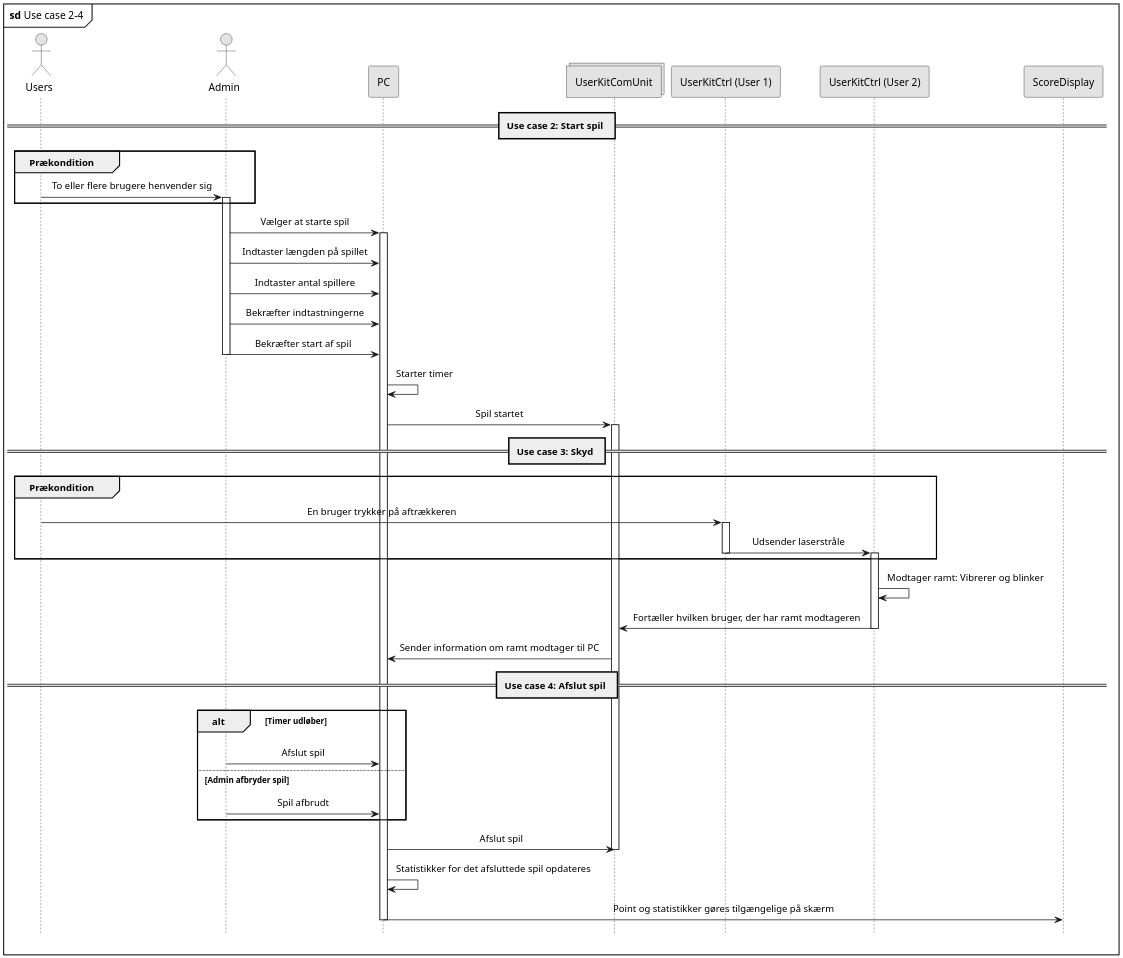
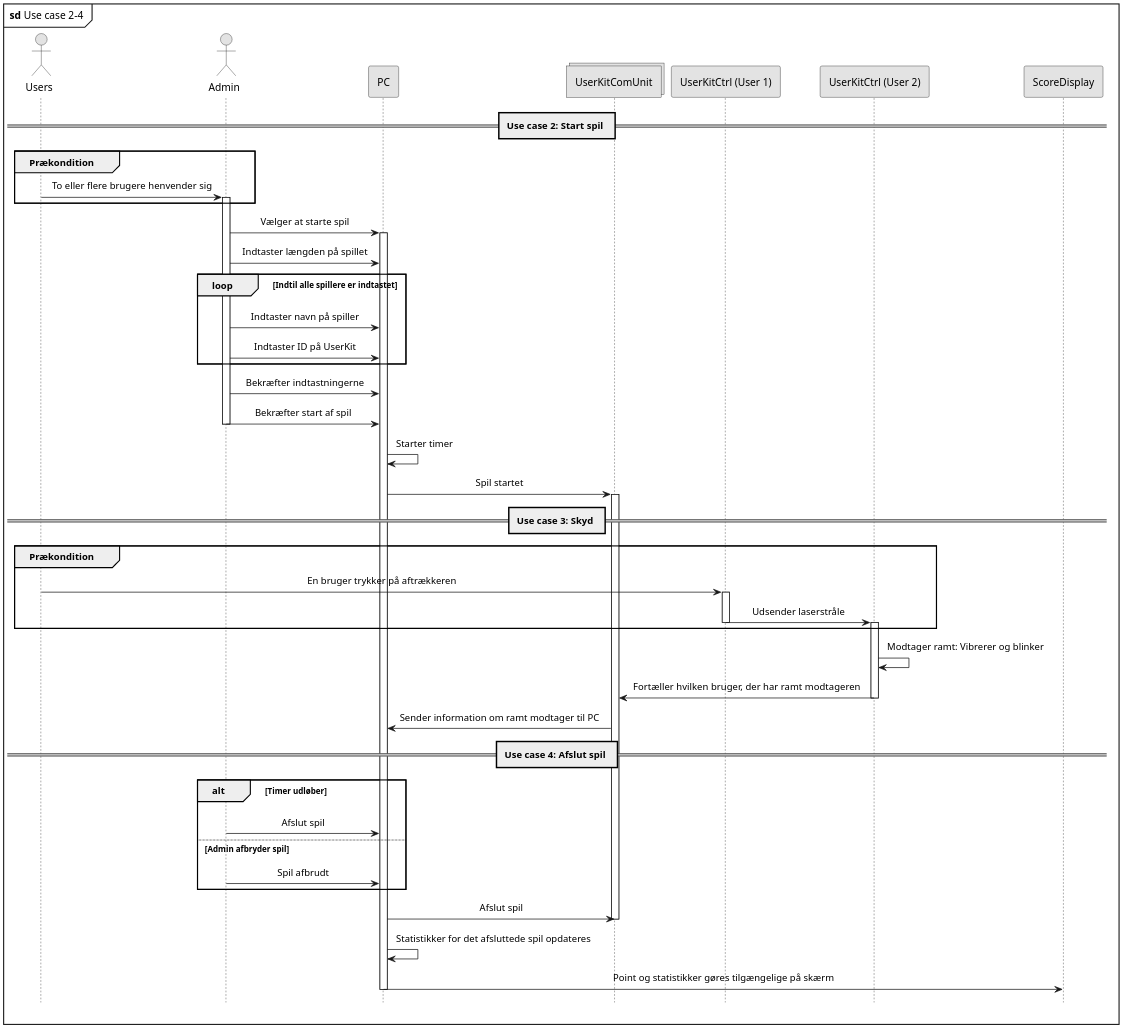
Before and after one commit to LasseKrarup/Laser-Tag-Project: the diagram in PlantUML/src/ssd-uc2-4.plantuml, drawn with PlantUML. The commit also changed 1 other file, not shown here.

Commit message:
Indtast navn og ID

```diff
--- a/PlantUML/src/ssd-uc2-4.plantuml
+++ b/PlantUML/src/ssd-uc2-4.plantuml
@@ -1,74 +1,77 @@
 @startuml ssd-uc2-4
 
 hide footbox
 
 skinparam {
     monochrome true
     dpi 200
     padding 5
     sequenceMessageAlign center
     packageStyle frame
     shadowing false
     'backgroundColor transparent
 }
 
 mainframe **sd** Use case 2-4
 
 actor Users as users
 actor Admin as admin
 participant "PC"
 collections "UserKitComUnit" as comUnit
 participant "UserKitCtrl (User 1)" as kitCtrl1
 participant "UserKitCtrl (User 2)" as kitCtrl2
 participant "ScoreDisplay" as display
 
 == Use case 2: Start spil ==
 
 group Prækondition
     users -> admin: To eller flere brugere henvender sig
     activate admin
 end
 
 admin -> PC: Vælger at starte spil
 activate PC
 admin -> PC: Indtaster længden på spillet
-admin -> PC: Indtaster antal spillere
+loop Indtil alle spillere er indtastet
+    admin -> PC: Indtaster navn på spiller
+    admin -> PC: Indtaster ID på UserKit
+end
 admin -> PC: Bekræfter indtastningerne
 admin -> PC: Bekræfter start af spil
 deactivate admin
 PC -> PC: Starter timer
 PC -> comUnit: Spil startet
 activate comUnit
 
 == Use case 3: Skyd ==
 
 group Prækondition
     users -> kitCtrl1: En bruger trykker på aftrækkeren
     activate kitCtrl1
     kitCtrl1 -> kitCtrl2: Udsender laserstråle
     deactivate kitCtrl1
     activate kitCtrl2
 end
 
 kitCtrl2 -> kitCtrl2: Modtager ramt: Vibrerer og blinker
 kitCtrl2 -> comUnit: Fortæller hvilken bruger, der har ramt modtageren
 deactivate kitCtrl2
 comUnit -> PC: Sender information om ramt modtager til PC
 
 
 == Use case 4: Afslut spil ==
 
 alt Timer udløber
     admin -> PC: Afslut spil
 else Admin afbryder spil
     admin -> PC: Spil afbrudt
 end
 
 PC -> comUnit: Afslut spil
 deactivate comUnit
 
 PC -> PC: Statistikker for det afsluttede spil opdateres
 PC -> display: Point og statistikker gøres tilgængelige på skærm
 deactivate PC
 
 @enduml
```
